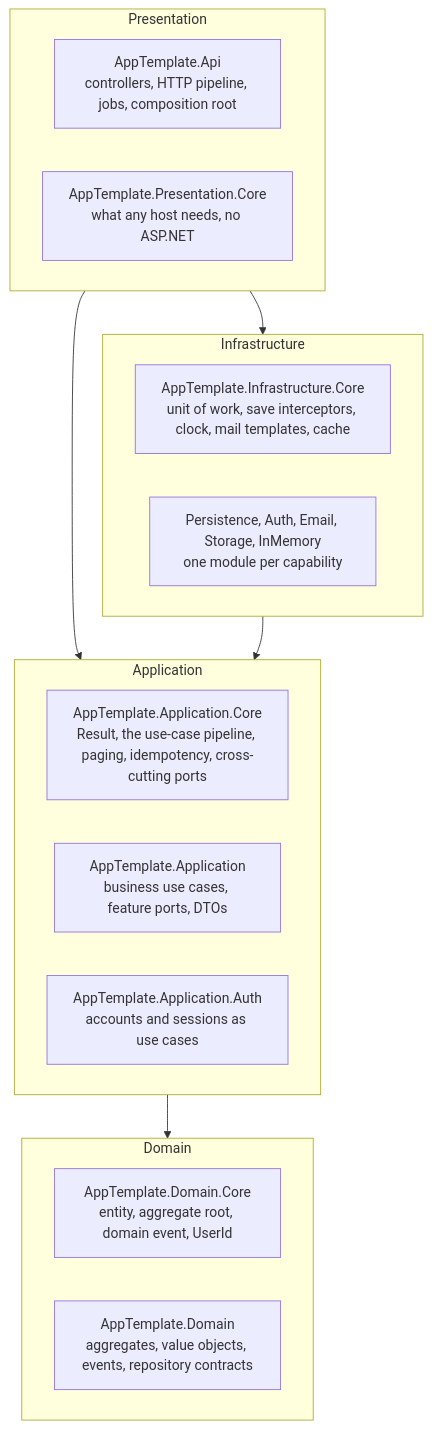
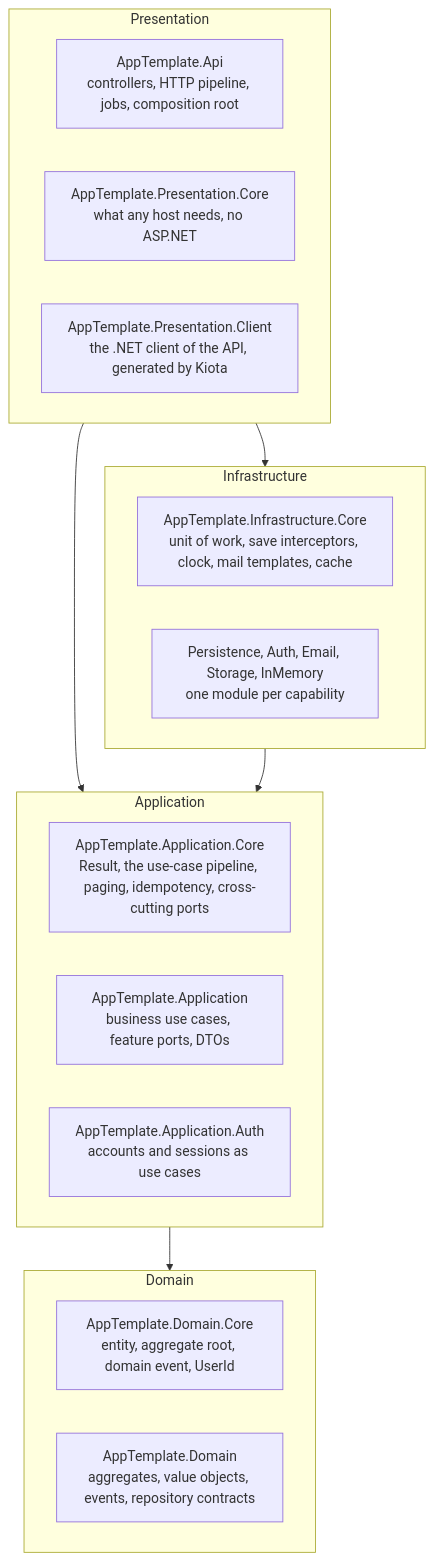
Before and after one commit to Pierre-MarieMarchio/Template-DotNet_Clean_Architecture: the diagram in docs/architecture/README.md, drawn with Mermaid. The commit also changed 408 other files, not shown here.

First line of the commit message:
refactor(client): move the .NET client into the presentation layer

````diff
--- a/docs/architecture/README.md
+++ b/docs/architecture/README.md
@@ -19,24 +19,25 @@
 ```mermaid
 flowchart TB
     subgraph Presentation
         Api["AppTemplate.Api<br/>controllers, HTTP pipeline, jobs, composition root"]
         PresCore["AppTemplate.Presentation.Core<br/>what any host needs, no ASP.NET"]
+        PresClient["AppTemplate.Presentation.Client<br/>the .NET client of the API, generated by Kiota"]
     end
     subgraph Infrastructure
         InfraCore["AppTemplate.Infrastructure.Core<br/>unit of work, save interceptors, clock, mail templates, cache"]
         Modules["Persistence, Auth, Email, Storage, InMemory<br/>one module per capability"]
     end
     subgraph Application
         AppCore["AppTemplate.Application.Core<br/>Result, the use-case pipeline, paging, idempotency, cross-cutting ports"]
         App["AppTemplate.Application<br/>business use cases, feature ports, DTOs"]
         AppAuth["AppTemplate.Application.Auth<br/>accounts and sessions as use cases"]
     end
     subgraph Domain
         DomCore["AppTemplate.Domain.Core<br/>entity, aggregate root, domain event, UserId"]
         Dom["AppTemplate.Domain<br/>aggregates, value objects, events, repository contracts"]
     end
     Presentation --> Infrastructure
     Presentation --> Application
     Infrastructure --> Application
     Application --> Domain
 ```
````
